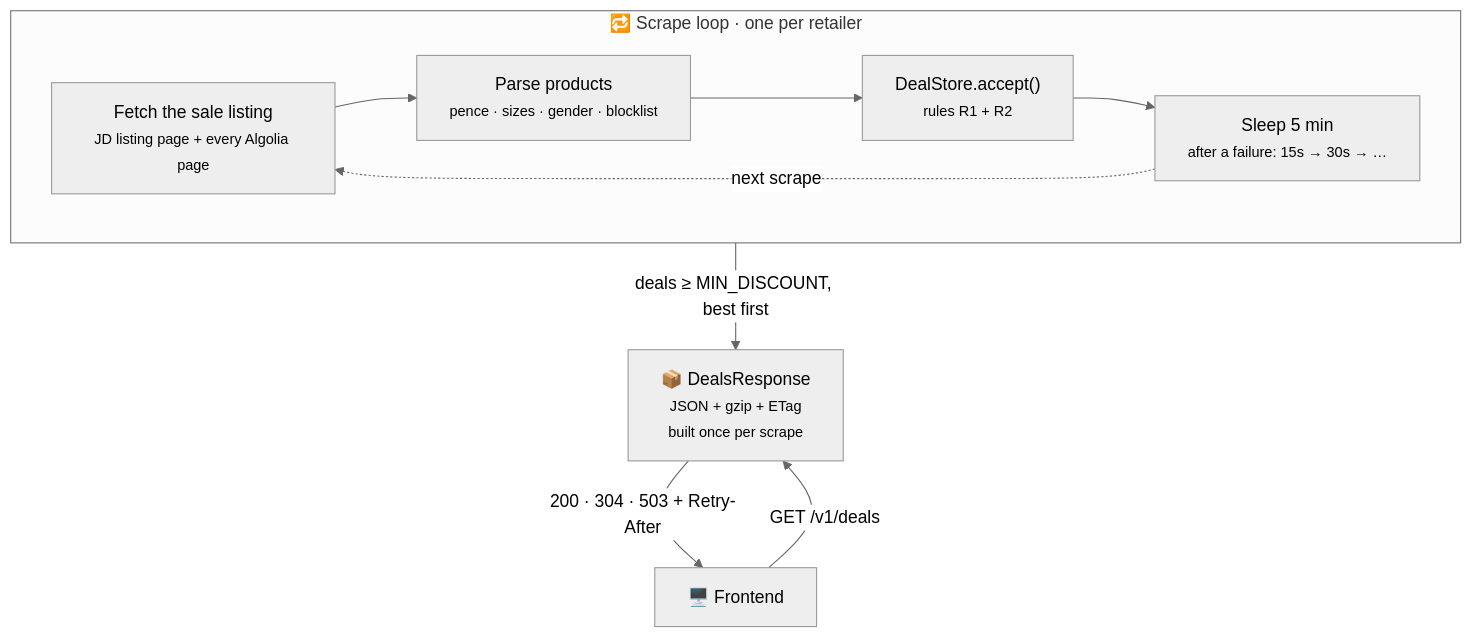
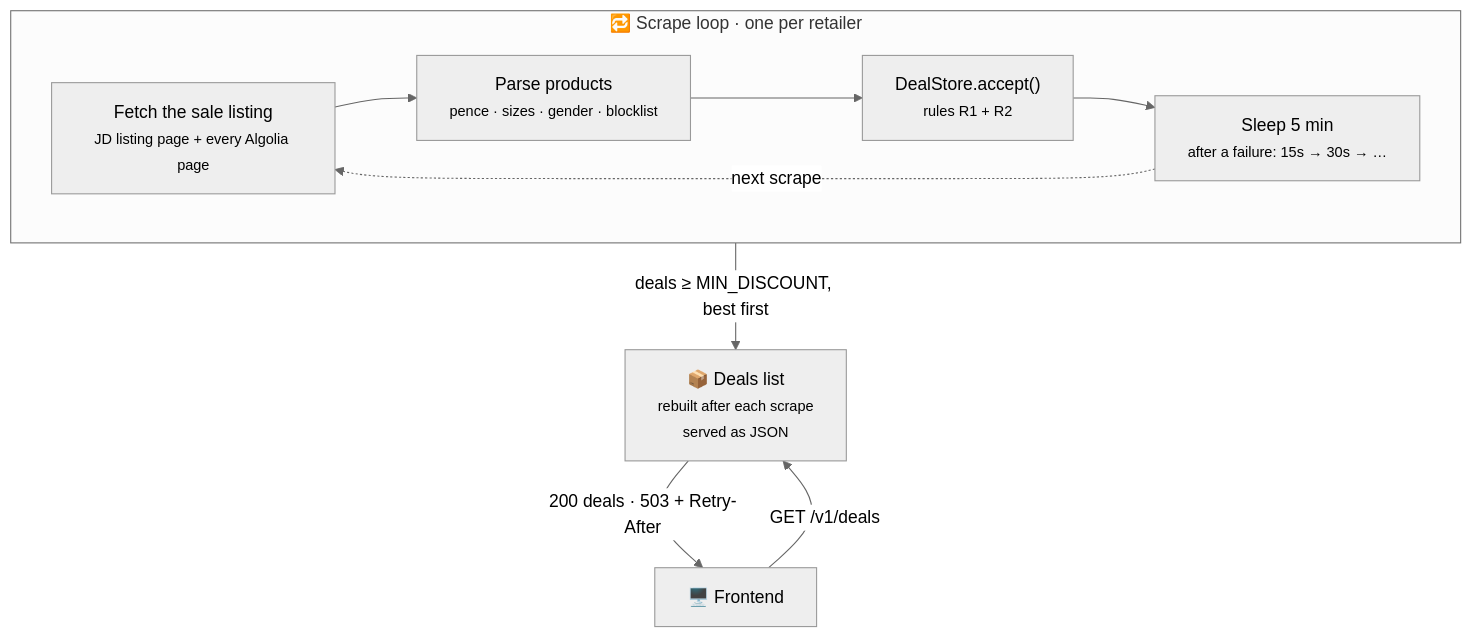
One commit to JahanU/bargain-web-scraper changed the first of 2 diagrams in backend/README.md. Above: the diagram before and after it, drawn with Mermaid (neutral theme). The commit also changed other lines of this file and 7 other files, not shown here.

First line of the commit message:
refactor(backend): drop our own gzip, ETags and pre-built responses

````diff
--- a/backend/README.md
+++ b/backend/README.md
@@ -5,19 +5,19 @@
 ```mermaid
 flowchart TB
     subgraph loop["🔁 Scrape loop · one per retailer"]
         direction LR
         fetch["Fetch the sale listing<br/><small>JD listing page + every Algolia page</small>"]
         parse["Parse products<br/><small>pence · sizes · gender · blocklist</small>"]
         accept["DealStore.accept()<br/><small>rules R1 + R2</small>"]
         wait["Sleep 5 min<br/><small>after a failure: 15s → 30s → …</small>"]
         fetch --> parse --> accept --> wait
         wait -. next scrape .-> fetch
     end
 
-    built["📦 DealsResponse<br/><small>JSON + gzip + ETag<br/>built once per scrape</small>"]
+    built["📦 Deals list<br/><small>rebuilt after each scrape<br/>served as JSON</small>"]
     client["🖥️ Frontend"]
 
     accept -- "deals ≥ MIN_DISCOUNT, best first" --> built
     client -- "GET /v1/deals" --> built
-    built -- "200 · 304 · 503 + Retry-After" --> client
+    built -- "200 deals · 503 + Retry-After" --> client
 ```
````
